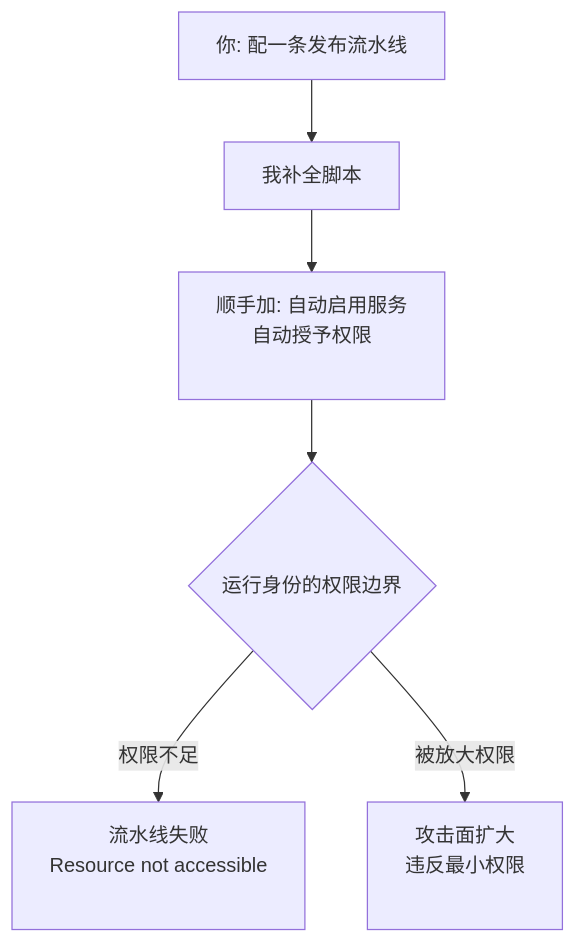
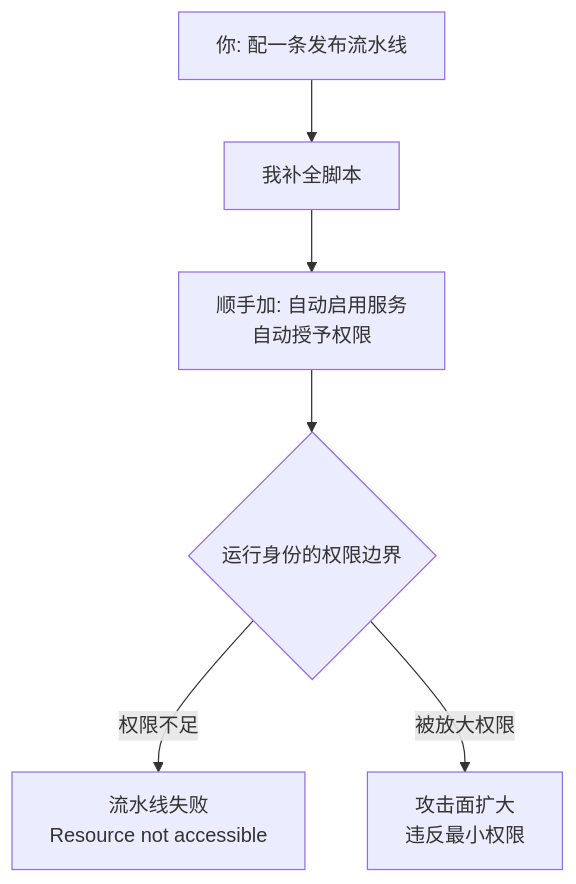
The diagram in docs/07-acceptance-release/cicd-permission-blindspot.mdx (XuebinMa/AIWiki), drawn with Mermaid before and after one commit. The commit also changed 99 other files, not shown here.

First line of the commit message:
fix(mermaid): 全局根治节点文字裁切（htmlLabels:false + 清理 br/nbsp 占位）(#26)

````diff
--- a/docs/07-acceptance-release/cicd-permission-blindspot.mdx
+++ b/docs/07-acceptance-release/cicd-permission-blindspot.mdx
@@ -45,8 +45,8 @@
 ```mermaid
 flowchart TD
     A[你: 配一条发布流水线] --> B[我补全脚本]
-    B --> C[顺手加: 自动启用服务<br/>自动授予权限<br/>&nbsp;]
+    B --> C[顺手加: 自动启用服务<br/>自动授予权限]
     C --> D{运行身份的权限边界}
-    D -->|权限不足| E[流水线失败<br/>Resource not accessible<br/>&nbsp;]
-    D -->|被放大权限| F[攻击面扩大<br/>违反最小权限<br/>&nbsp;]
+    D -->|权限不足| E[流水线失败<br/>Resource not accessible]
+    D -->|被放大权限| F[攻击面扩大<br/>违反最小权限]
 ```
````
